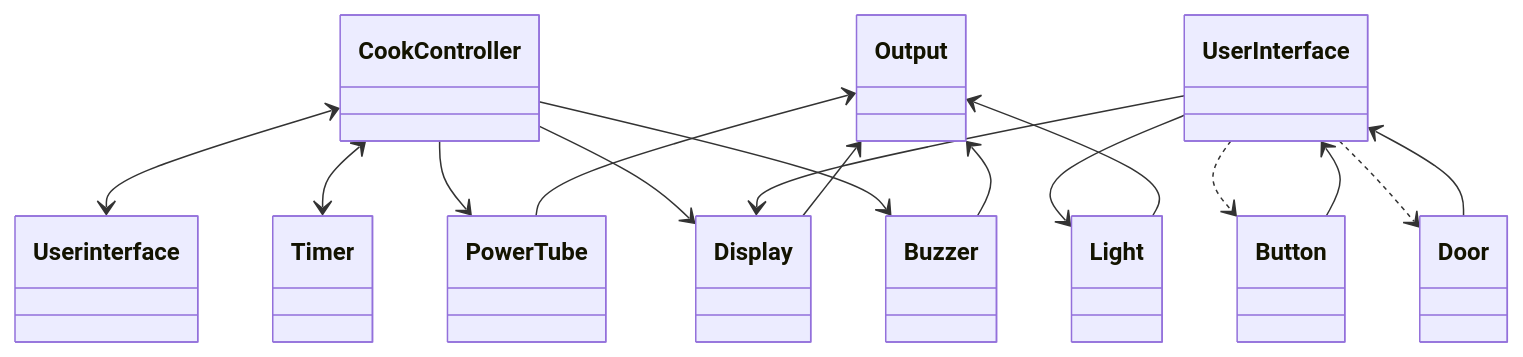
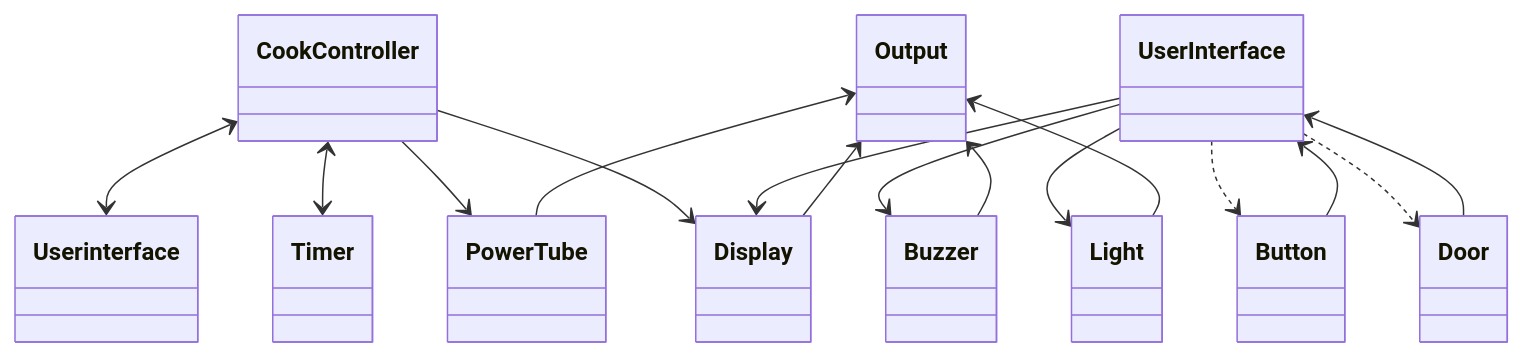
Before and after one commit to Nivethan1999/SWTE22-1-Obligatorisk-Handin-3: the second of 2 diagrams in README.md, drawn with Mermaid.

Commit message:
Updated design for integration

````diff
--- a/README.md
+++ b/README.md
@@ -22,18 +22,18 @@
 ```mermaid
 classDiagram
 CookController<-->Userinterface
 CookController<-->Timer
 CookController-->PowerTube
 CookController-->Display
-CookController-->Buzzer
+UserInterface-->Buzzer
 UserInterface-->Display
 UserInterface-->Light
 UserInterface..>Button
 UserInterface..>Door
 UserInterface<--Button
 UserInterface<--Door
 Output<--Light
 Output<--Display
 Output<--PowerTube
 Output<--Buzzer
 ```
````
